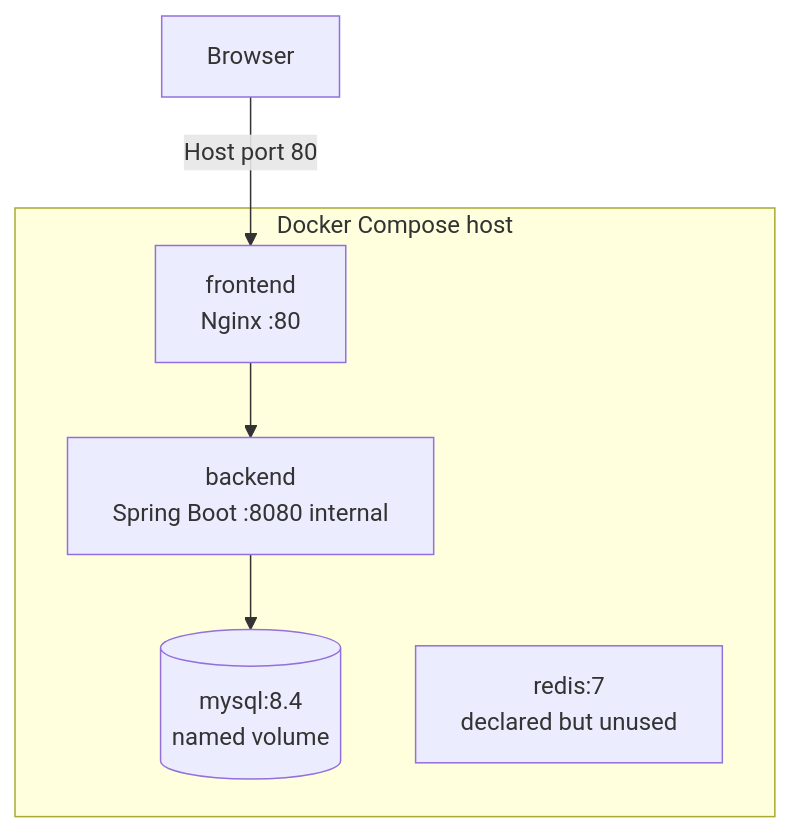
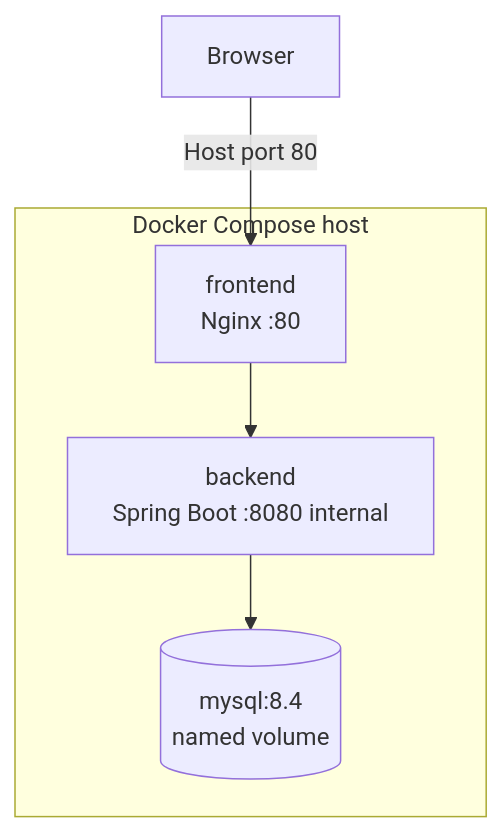
Before and after one commit to suhyeon327/medflow-ai: the fifth of 5 diagrams in ARCHITECTURE.md, drawn with Mermaid. The commit also changed other lines of this file and 6 other files, not shown here.

````diff
--- a/ARCHITECTURE.md
+++ b/ARCHITECTURE.md
@@ -220,12 +218,11 @@
 ```mermaid
 flowchart TB
     subgraph Host["Docker Compose host"]
         N["frontend<br/>Nginx :80"]
         S["backend<br/>Spring Boot :8080 internal"]
         M[("mysql:8.4<br/>named volume")]
-        R["redis:7<br/>declared but unused"]
         N --> S
         S --> M
     end
     U["Browser"] -->|"Host port 80"| N
 ```
````
